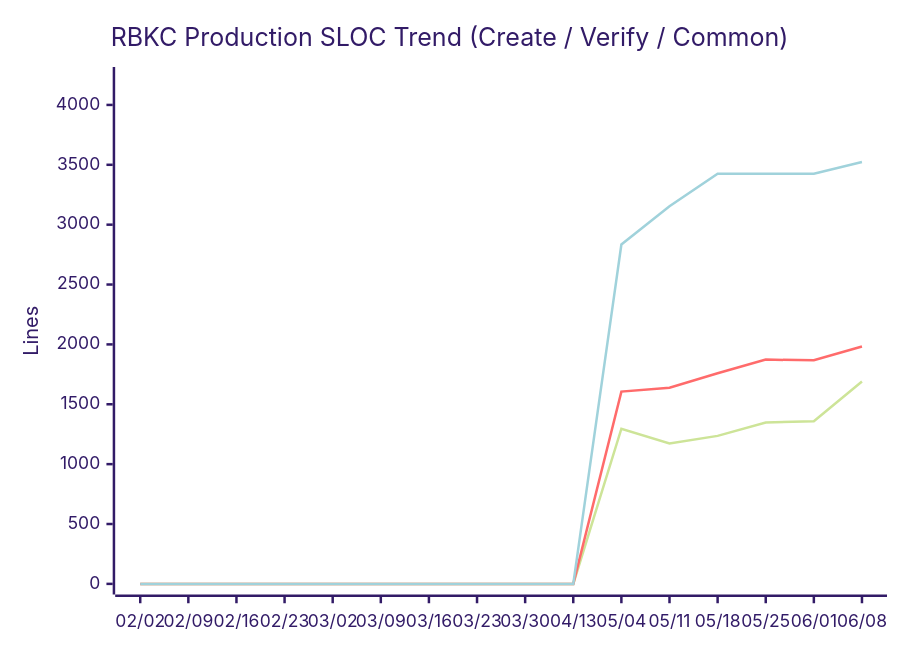
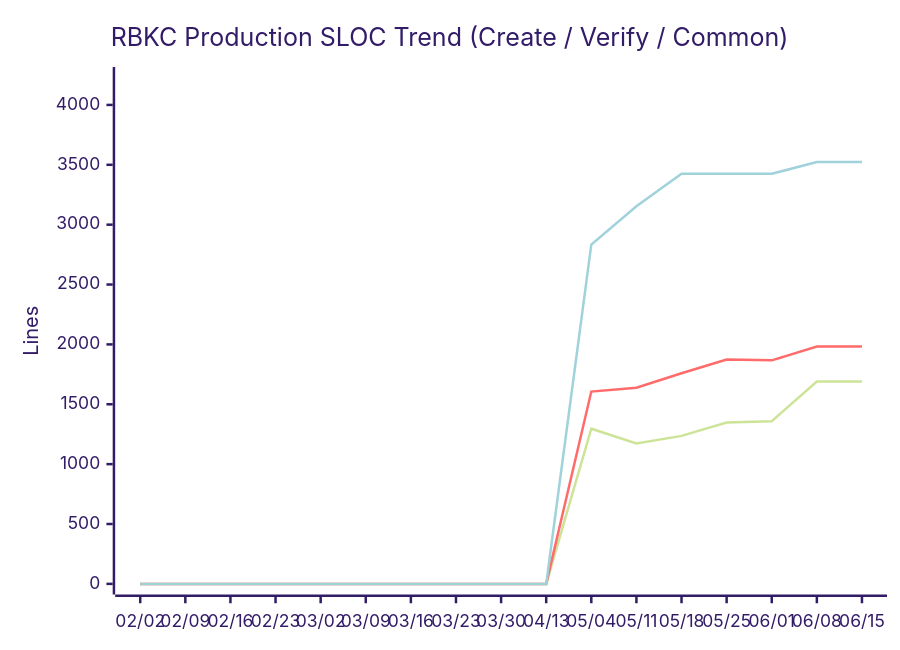
Diagram 11 of 14 in docs/metrics.md (nablarch/nabledge-dev), drawn with Mermaid (forest theme) before and after one commit. The commit also changed other lines of this file and 2 other files, not shown here.

````diff
--- a/docs/metrics.md
+++ b/docs/metrics.md
@@ -146,9 +146,9 @@
 ```mermaid
 xychart-beta
   title "RBKC Production SLOC Trend (Create / Verify / Common)"
-  x-axis ["02/02", "02/09", "02/16", "02/23", "03/02", "03/09", "03/16", "03/23", "03/30", "04/13", "05/04", "05/11", "05/18", "05/25", "06/01", "06/08"]
+  x-axis ["02/02", "02/09", "02/16", "02/23", "03/02", "03/09", "03/16", "03/23", "03/30", "04/13", "05/04", "05/11", "05/18", "05/25", "06/01", "06/08", "06/15"]
   y-axis "Lines" 0 --> 4228
-  line [0, 0, 0, 0, 0, 0, 0, 0, 0, 0, 1296, 1172, 1236, 1348, 1359, 1690]
-  line [0, 0, 0, 0, 0, 0, 0, 0, 0, 0, 1606, 1638, 1759, 1873, 1867, 1982]
-  line [0, 0, 0, 0, 0, 0, 0, 0, 0, 0, 2834, 3154, 3426, 3426, 3425, 3523]
+  line [0, 0, 0, 0, 0, 0, 0, 0, 0, 0, 1296, 1172, 1236, 1348, 1359, 1690, 1690]
+  line [0, 0, 0, 0, 0, 0, 0, 0, 0, 0, 1606, 1638, 1759, 1873, 1867, 1982, 1982]
+  line [0, 0, 0, 0, 0, 0, 0, 0, 0, 0, 2834, 3154, 3426, 3426, 3425, 3523, 3523]
 ```
````
